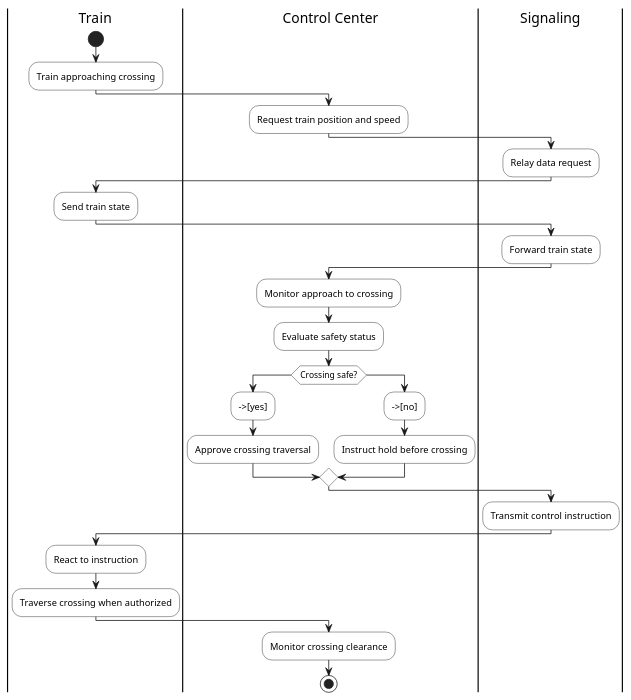
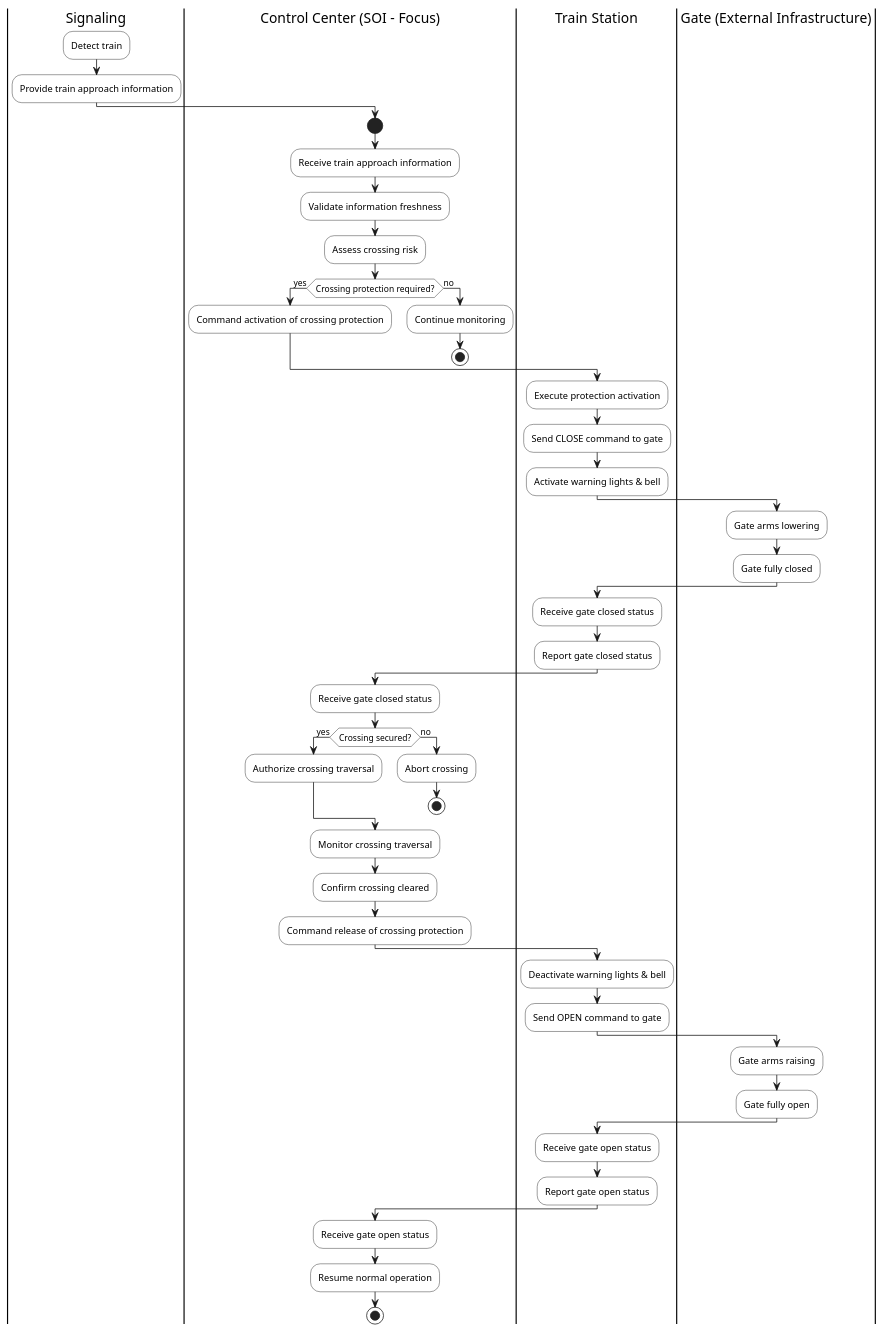
Before and after one commit to nachimageshnachi/Requirements-Engineering: the diagram in Functional Analysis/Scenario 2/ControlCenter.puml, drawn with PlantUML. The commit also changed 8 other files, not shown here.

Commit message:
Initial commit: Added station operation diagrams

```diff
--- a/Functional Analysis/Scenario 2/ControlCenter.puml
+++ b/Functional Analysis/Scenario 2/ControlCenter.puml
@@ -1,47 +1,67 @@
 @startuml
 skinparam monochrome true
 skinparam activity {
   BackgroundColor White
   BorderColor Black
 }
 
-|Train|
+|Signaling|
+:Detect train;
+:Provide train approach information;
+
+|Control Center (SOI – Focus)|
 start
-:Train approaching crossing;
+:Receive train approach information;
+:Validate information freshness;
+:Assess crossing risk;
 
-|Control Center|
-:Request train position and speed;
-
-|Signaling|
-:Relay data request;
-
-|Train|
-:Send train state;
-
-|Signaling|
-:Forward train state;
-
-|Control Center|
-:Monitor approach to crossing;
-:Evaluate safety status;
-
-if (Crossing safe?) then
-  -->[yes]
-  :Approve crossing traversal;
-else
-  -->[no]
-  :Instruct hold before crossing;
+if (Crossing protection required?) then (yes)
+  :Command activation of crossing protection;
+else (no)
+  :Continue monitoring;
+  stop
 endif
 
-|Signaling|
-:Transmit control instruction;
+|Train Station|
+:Execute protection activation;
+:Send CLOSE command to gate;
+:Activate warning lights & bell;
 
-|Train|
-:React to instruction;
-:Traverse crossing when authorized;
+|Gate (External Infrastructure)|
+:Gate arms lowering;
+:Gate fully closed;
 
-|Control Center|
-:Monitor crossing clearance;
+|Train Station|
+:Receive gate closed status;
+:Report gate closed status;
 
+|Control Center (SOI – Focus)|
+:Receive gate closed status;
+if (Crossing secured?) then (yes)
+  :Authorize crossing traversal;
+else (no)
+  :Abort crossing;
+  stop
+endif
+
+:Monitor crossing traversal;
+:Confirm crossing cleared;
+:Command release of crossing protection;
+
+|Train Station| 
+:Deactivate warning lights & bell;
+:Send OPEN command to gate;
+
+|Gate (External Infrastructure)|
+:Gate arms raising;
+:Gate fully open;
+
+|Train Station|
+:Receive gate open status;
+:Report gate open status;
+
+|Control Center (SOI – Focus)|
+:Receive gate open status;
+:Resume normal operation;
 stop
 @enduml
```
